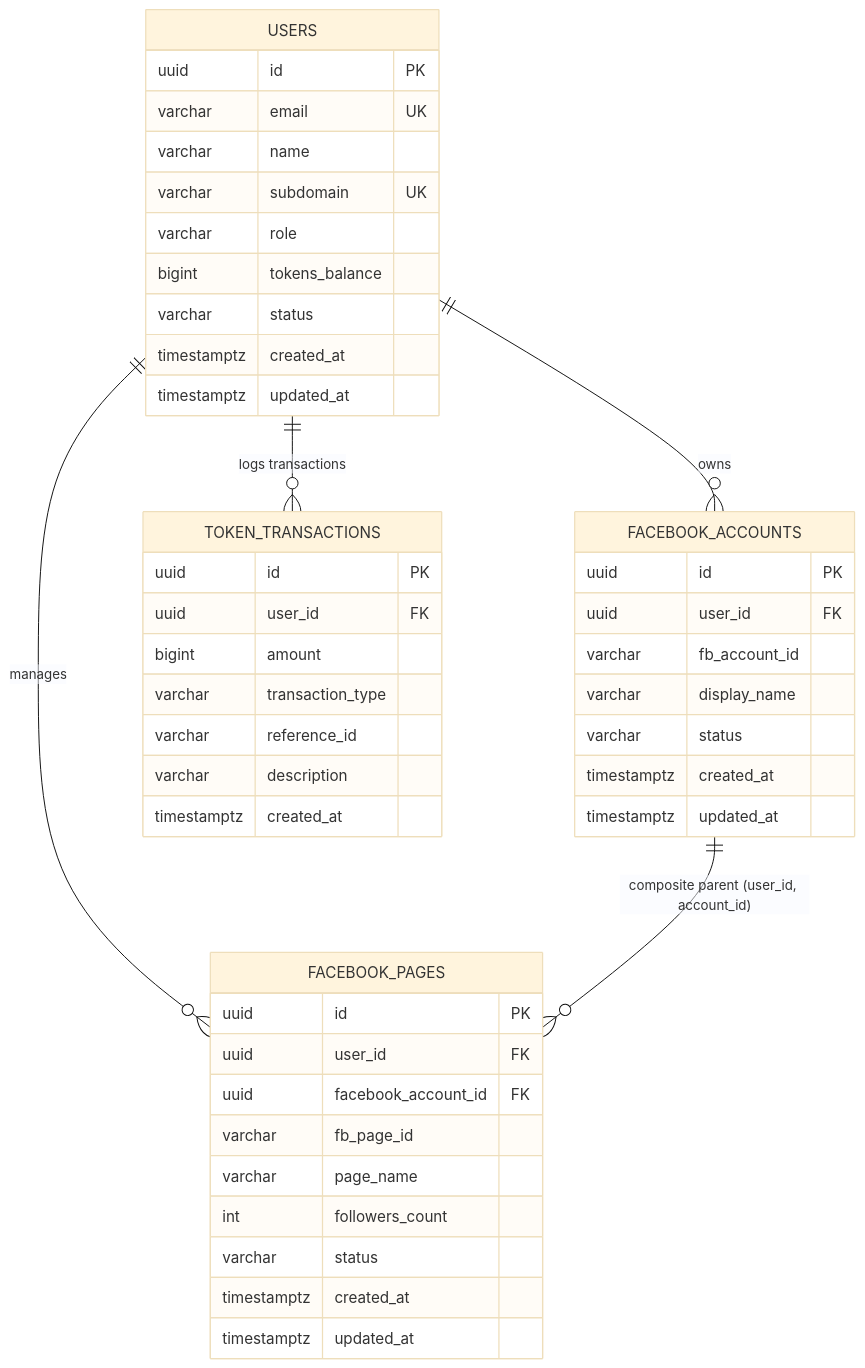
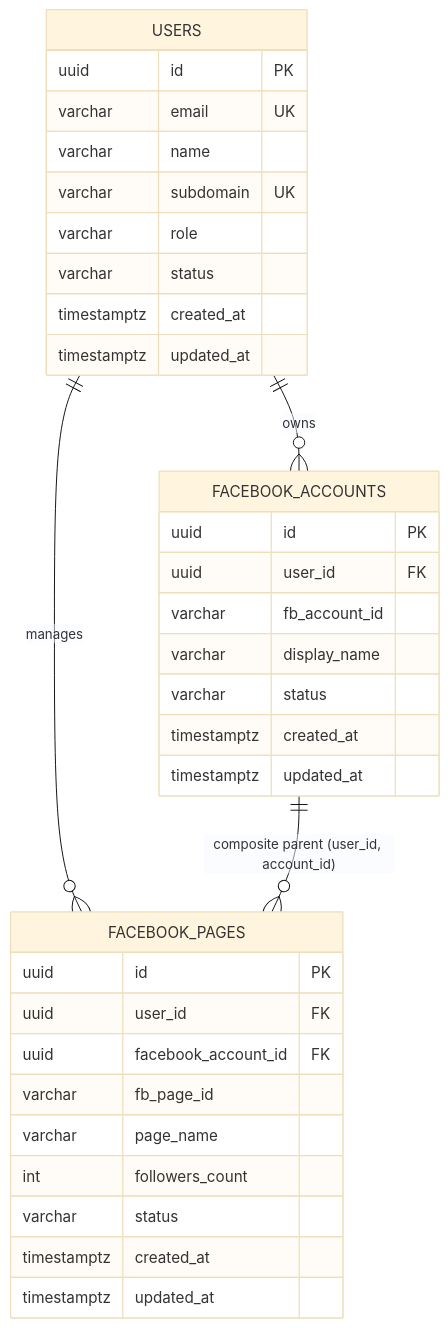
Before and after one commit to Velocta/fbuploadpro: the diagram in specs/001-monorepo-foundation-data-substrate/data-model.md, drawn with Mermaid (base theme). The commit also changed other lines of this file and 29 other files, not shown here.

````diff
--- a/specs/001-monorepo-foundation-data-substrate/data-model.md
+++ b/specs/001-monorepo-foundation-data-substrate/data-model.md
@@ -9,51 +9,39 @@
 ```mermaid
 erDiagram
     USERS ||--o{ FACEBOOK_ACCOUNTS : "owns"
     USERS ||--o{ FACEBOOK_PAGES : "manages"
-    USERS ||--o{ TOKEN_TRANSACTIONS : "logs transactions"
     FACEBOOK_ACCOUNTS ||--o{ FACEBOOK_PAGES : "composite parent (user_id, account_id)"
 
     USERS {
         uuid id PK
         varchar email UK
         varchar name
         varchar subdomain UK
         varchar role
-        bigint tokens_balance
         varchar status
         timestamptz created_at
         timestamptz updated_at
     }
 
     FACEBOOK_ACCOUNTS {
         uuid id PK
         uuid user_id FK
         varchar fb_account_id
         varchar display_name
         varchar status
         timestamptz created_at
         timestamptz updated_at
     }
 
     FACEBOOK_PAGES {
         uuid id PK
         uuid user_id FK
         uuid facebook_account_id FK
         varchar fb_page_id
         varchar page_name
         int followers_count
         varchar status
         timestamptz created_at
         timestamptz updated_at
     }
-
-    TOKEN_TRANSACTIONS {
-        uuid id PK
-        uuid user_id FK
-        bigint amount
-        varchar transaction_type
-        varchar reference_id
-        varchar description
-        timestamptz created_at
-    }
 ```
````
